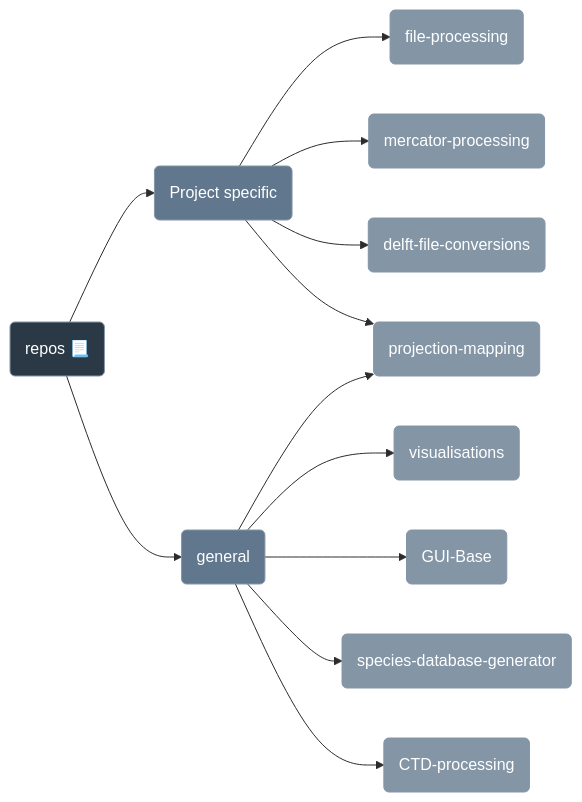
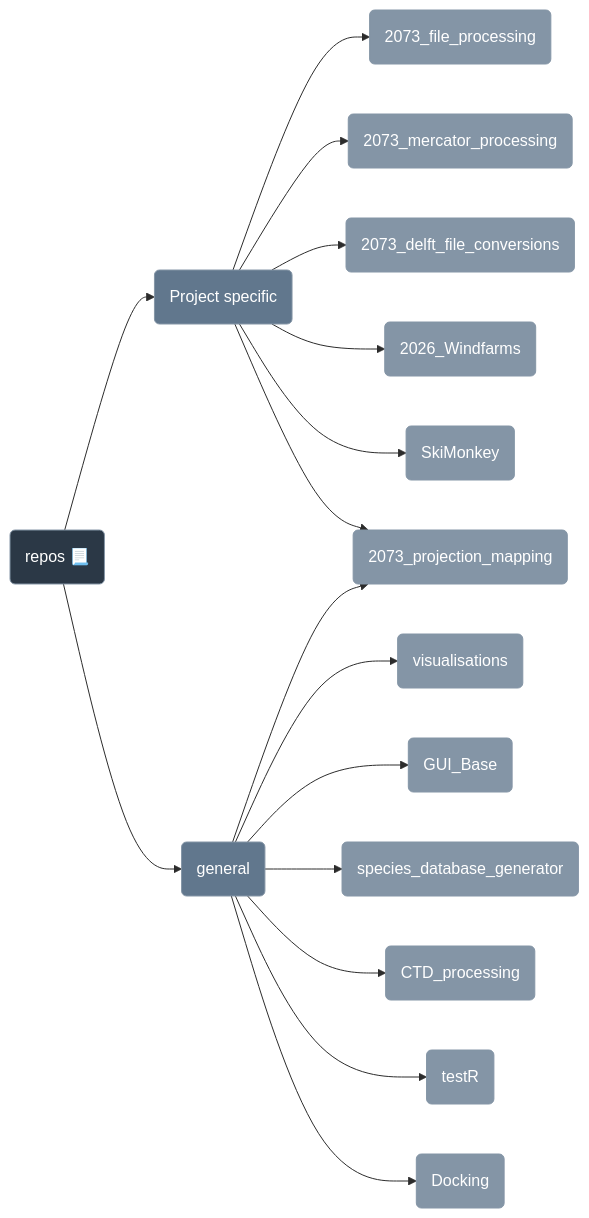
One commit to Anchor-Environmental/.github changed the diagram in profile/README.md. Above: the diagram before and after it, drawn with Mermaid.

````diff
--- a/profile/README.md
+++ b/profile/README.md
@@ -50,26 +50,30 @@
 ```mermaid
 %%{init: {'theme':'base', 'themeVariables': {
       'primaryColor': '#61778d',
       'primaryTextColor': '#fff',
       'primaryBorderColor': '#8495a6',
       'lineColor': '#2c2c2c',
       'secondaryColor': '#8495a6',
       'tertiaryColor': '#8495a6'
     }}}%%
 flowchart LR
   A(repos 📃):::layer0-->B(Project specific):::layer1
-  B-->C(file-processing):::layer2
-  B-->J(mercator-processing):::layer2
-  B-->E(delft-file-conversions):::layer2
-  B-->D(projection-mapping):::layer2
+  B-->C(2073_file_processing):::layer2
+  B-->J(2073_mercator_processing):::layer2
+  B-->E(2073_delft_file_conversions):::layer2
+  B-->M(2026_Windfarms):::layer2
+  B-->O(SkiMonkey):::layer2
+  B-->D(2073_projection_mapping):::layer2
   A(repos 📃)-->F(general):::layer1
   F-->G(visualisations):::layer2
-  F-->D(projection-mapping):::layer2
-  F-->I(GUI-Base):::layer2
-  F-->K(species-database-generator):::layer2
-  F-->L(CTD-processing):::layer2
+  F-->D(2073_projection_mapping):::layer2
+  F-->I(GUI_Base):::layer2
+  F-->K(species_database_generator):::layer2
+  F-->L(CTD_processing):::layer2
+  F-->N(testR):::layer2
+  F-->P(Docking):::layer2
 
  classDef layer0 fill:#2b3846
  classDef layer1 fill:#61778d
  classDef layer2 fill:#8495a6
 ```
````
